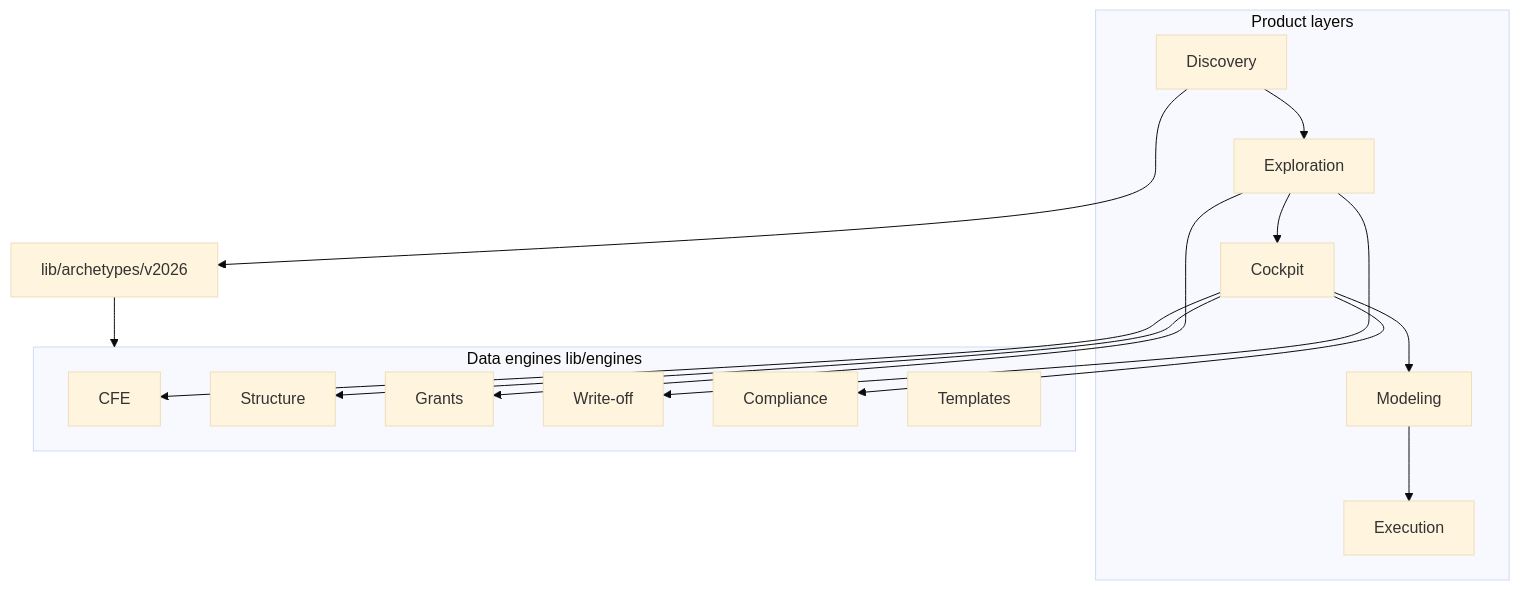
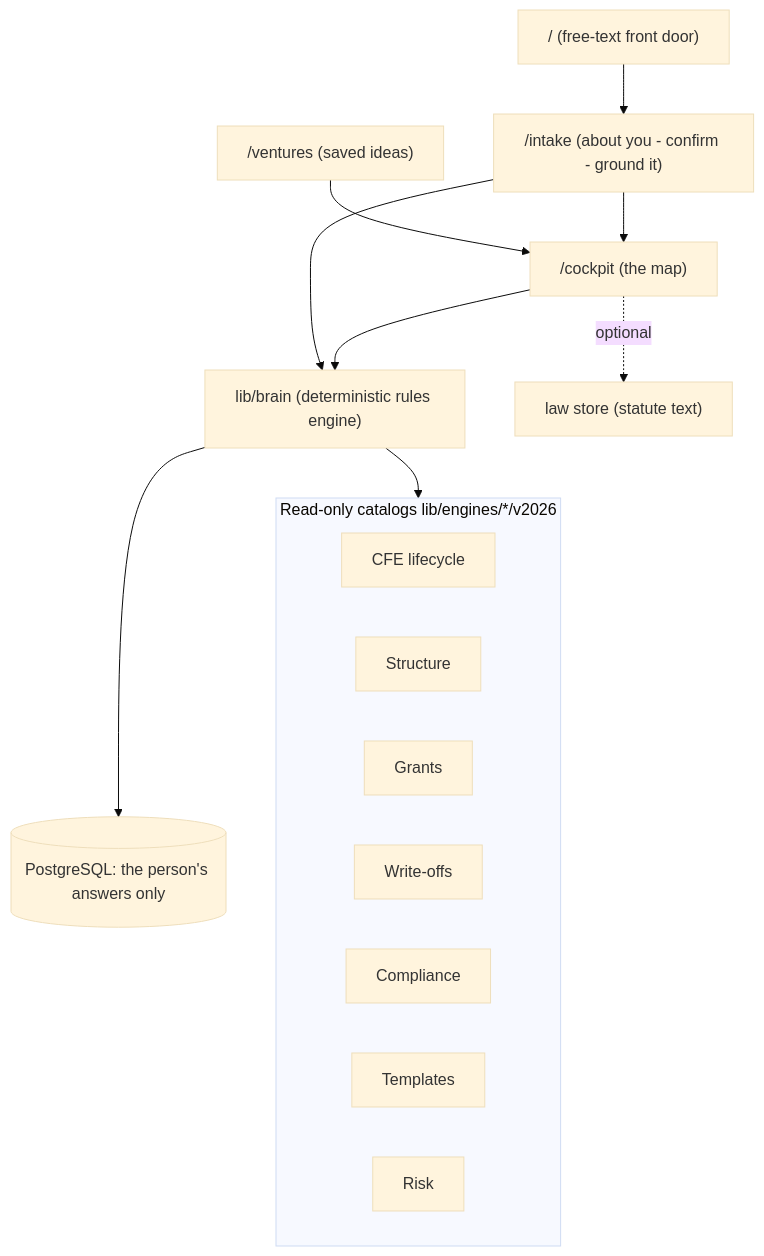
One commit to Dot-Ami/dotami changed the diagram in docs/architecture/overview.md. Above: the diagram before and after it, drawn with Mermaid (base theme). The commit also changed other lines of this file and 8 other files, not shown here.

````diff
--- a/docs/architecture/overview.md
+++ b/docs/architecture/overview.md
@@ -7,21 +7,20 @@
 ```mermaid
 flowchart TB
-  subgraph layers [Product layers]
-    Discovery --> Exploration --> Cockpit --> Modeling --> Execution
-  end
-  subgraph engines [Data engines lib/engines]
-    CFE[CFE]
+  Landing["/ (free-text front door)"] --> Intake["/intake (about you - confirm - ground it)"]
+  Intake --> Cockpit["/cockpit (the map)"]
+  Ventures["/ventures (saved ideas)"] --> Cockpit
+  Cockpit --> Brain["lib/brain (deterministic rules engine)"]
+  Intake --> Brain
+  Brain --> engines
+  subgraph engines [Read-only catalogs lib/engines/*/v2026]
+    CFE[CFE lifecycle]
     Structure[Structure]
     Grants[Grants]
-    Writeoffs[Write-off]
+    Writeoffs[Write-offs]
     Compliance[Compliance]
     Templates[Templates]
+    Risk[Risk]
   end
-  Archetypes[lib/archetypes/v2026] --> engines
-  Discovery --> Archetypes
-  Exploration --> Grants
-  Exploration --> Writeoffs
-  Cockpit --> CFE
-  Cockpit --> Structure
-  Cockpit --> Compliance
+  Brain --> DB[(PostgreSQL: the person's answers only)]
+  Cockpit -. optional .-> Law["law store (statute text)"]
 ```
````
